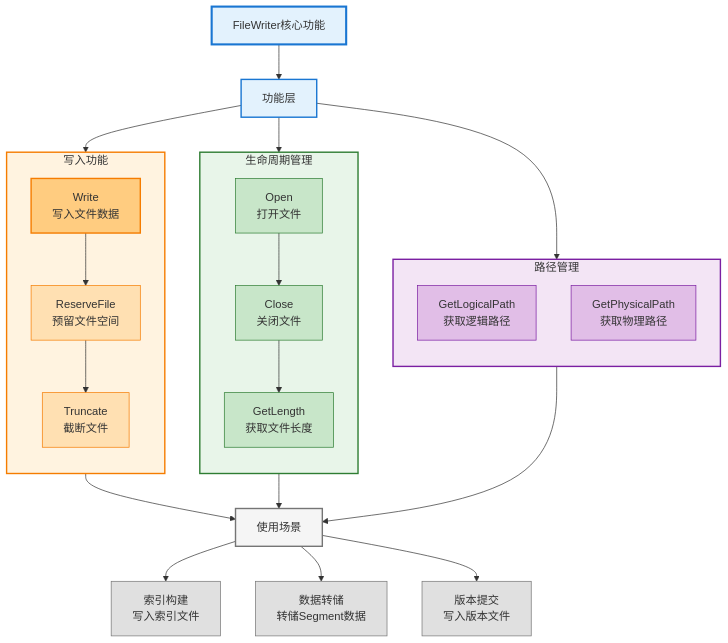
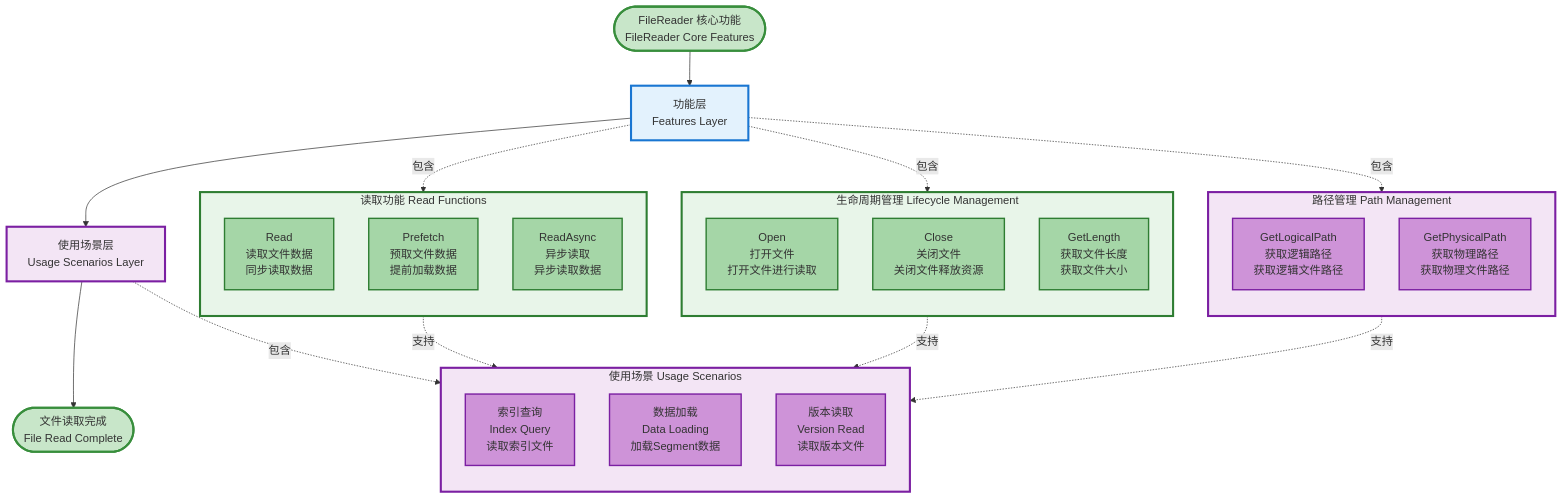
Diagram 13 of 31 in _posts/2025-07-28-indexlib-10-filesystem-storage.md (zhouzhilong-commits/zhouzhilong-commits.github.io), drawn with Mermaid before and after one commit. The commit also changed other lines of this file and 6 other files, not shown here.

````diff
--- a/_posts/2025-07-28-indexlib-10-filesystem-storage.md
+++ b/_posts/2025-07-28-indexlib-10-filesystem-storage.md
@@ -935,58 +1177,64 @@
 ```mermaid
-flowchart TD
-    Start[FileWriter核心功能] --> FeatureLayer[功能层]
+flowchart TB
+    Start([FileReader 核心功能<br/>FileReader Core Features]) --> FeatureLayer[功能层<br/>Features Layer]
     
-    subgraph WriteGroup["写入功能"]
+    subgraph ReadGroup["读取功能 Read Functions"]
         direction TB
-        W1[Write<br/>写入文件数据]
-        W2[ReserveFile<br/>预留文件空间]
-        W3[Truncate<br/>截断文件]
-        W1 --> W2
-        W2 --> W3
+        R1[Read<br/>读取文件数据<br/>同步读取数据]
+        R2[Prefetch<br/>预取文件数据<br/>提前加载数据]
+        R3[ReadAsync<br/>异步读取<br/>异步读取数据]
     end
     
-    subgraph LifecycleGroup["生命周期管理"]
+    subgraph LifecycleGroup["生命周期管理 Lifecycle Management"]
         direction TB
-        L1[Open<br/>打开文件]
-        L2[Close<br/>关闭文件]
-        L3[GetLength<br/>获取文件长度]
-        L1 --> L2
-        L2 --> L3
+        L1[Open<br/>打开文件<br/>打开文件进行读取]
+        L2[Close<br/>关闭文件<br/>关闭文件释放资源]
+        L3[GetLength<br/>获取文件长度<br/>获取文件大小]
     end
     
-    subgraph PathGroup["路径管理"]
+    subgraph PathGroup["路径管理 Path Management"]
         direction TB
-        P1[GetLogicalPath<br/>获取逻辑路径]
-        P2[GetPhysicalPath<br/>获取物理路径]
+        P1[GetLogicalPath<br/>获取逻辑路径<br/>获取逻辑文件路径]
+        P2[GetPhysicalPath<br/>获取物理路径<br/>获取物理文件路径]
     end
     
-    FeatureLayer --> WriteGroup
-    FeatureLayer --> LifecycleGroup
-    FeatureLayer --> PathGroup
+    FeatureLayer --> UsageLayer[使用场景层<br/>Usage Scenarios Layer]
     
-    WriteGroup --> Usage[使用场景]
-    LifecycleGroup --> Usage
-    PathGroup --> Usage
+    subgraph UsageGroup["使用场景 Usage Scenarios"]
+        direction TB
+        U1[索引查询<br/>Index Query<br/>读取索引文件]
+        U2[数据加载<br/>Data Loading<br/>加载Segment数据]
+        U3[版本读取<br/>Version Read<br/>读取版本文件]
+    end
     
-    Usage --> U1[索引构建<br/>写入索引文件]
-    Usage --> U2[数据转储<br/>转储Segment数据]
-    Usage --> U3[版本提交<br/>写入版本文件]
+    UsageLayer --> End([文件读取完成<br/>File Read Complete])
     
-    style Start fill:#e3f2fd,stroke:#1976d2,stroke-width:3px
-    style FeatureLayer fill:#e3f2fd,stroke:#1976d2,stroke-width:2px
-    style WriteGroup fill:#fff3e0,stroke:#f57c00,stroke-width:2px
-    style W1 fill:#ffcc80,stroke:#f57c00,stroke-width:2px
-    style W2 fill:#ffe0b2,stroke:#f57c00,stroke-width:1px
-    style W3 fill:#ffe0b2,stroke:#f57c00,stroke-width:1px
-    style LifecycleGroup fill:#e8f5e9,stroke:#2e7d32,stroke-width:2px
-    style L1 fill:#c8e6c9,stroke:#2e7d32,stroke-width:1px
-    style L2 fill:#c8e6c9,stroke:#2e7d32,stroke-width:1px
-    style L3 fill:#c8e6c9,stroke:#2e7d32,stroke-width:1px
-    style PathGroup fill:#f3e5f5,stroke:#7b1fa2,stroke-width:2px
-    style P1 fill:#e1bee7,stroke:#7b1fa2,stroke-width:1px
-    style P2 fill:#e1bee7,stroke:#7b1fa2,stroke-width:1px
-    style Usage fill:#f5f5f5,stroke:#757575,stroke-width:2px
-    style U1 fill:#e0e0e0,stroke:#757575,stroke-width:1px
-    style U2 fill:#e0e0e0,stroke:#757575,stroke-width:1px
-    style U3 fill:#e0e0e0,stroke:#757575,stroke-width:1px
+    FeatureLayer -.->|包含| ReadGroup
+    FeatureLayer -.->|包含| LifecycleGroup
+    FeatureLayer -.->|包含| PathGroup
+    UsageLayer -.->|包含| UsageGroup
+    
+    ReadGroup -.->|支持| UsageGroup
+    LifecycleGroup -.->|支持| UsageGroup
+    PathGroup -.->|支持| UsageGroup
+    
+    style Start fill:#c8e6c9,stroke:#388e3c,stroke-width:3px
+    style End fill:#c8e6c9,stroke:#388e3c,stroke-width:3px
+    style FeatureLayer fill:#e3f2fd,stroke:#1976d2,stroke-width:3px
+    style UsageLayer fill:#f3e5f5,stroke:#7b1fa2,stroke-width:3px
+    style ReadGroup fill:#e8f5e9,stroke:#2e7d32,stroke-width:3px
+    style R1 fill:#a5d6a7,stroke:#2e7d32,stroke-width:2px
+    style R2 fill:#a5d6a7,stroke:#2e7d32,stroke-width:2px
+    style R3 fill:#a5d6a7,stroke:#2e7d32,stroke-width:2px
+    style LifecycleGroup fill:#e8f5e9,stroke:#2e7d32,stroke-width:3px
+    style L1 fill:#a5d6a7,stroke:#2e7d32,stroke-width:2px
+    style L2 fill:#a5d6a7,stroke:#2e7d32,stroke-width:2px
+    style L3 fill:#a5d6a7,stroke:#2e7d32,stroke-width:2px
+    style PathGroup fill:#f3e5f5,stroke:#7b1fa2,stroke-width:3px
+    style P1 fill:#ce93d8,stroke:#7b1fa2,stroke-width:2px
+    style P2 fill:#ce93d8,stroke:#7b1fa2,stroke-width:2px
+    style UsageGroup fill:#f3e5f5,stroke:#7b1fa2,stroke-width:3px
+    style U1 fill:#ce93d8,stroke:#7b1fa2,stroke-width:2px
+    style U2 fill:#ce93d8,stroke:#7b1fa2,stroke-width:2px
+    style U3 fill:#ce93d8,stroke:#7b1fa2,stroke-width:2px
 ```
````
